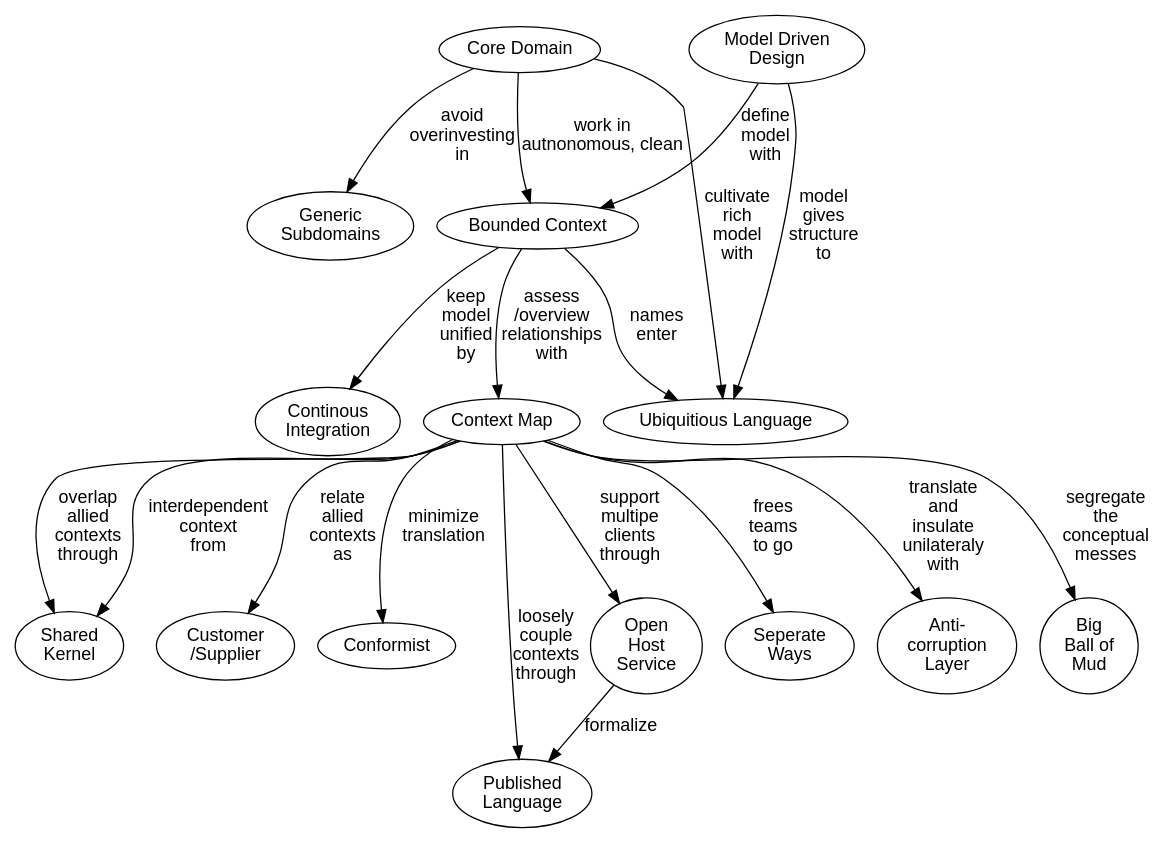
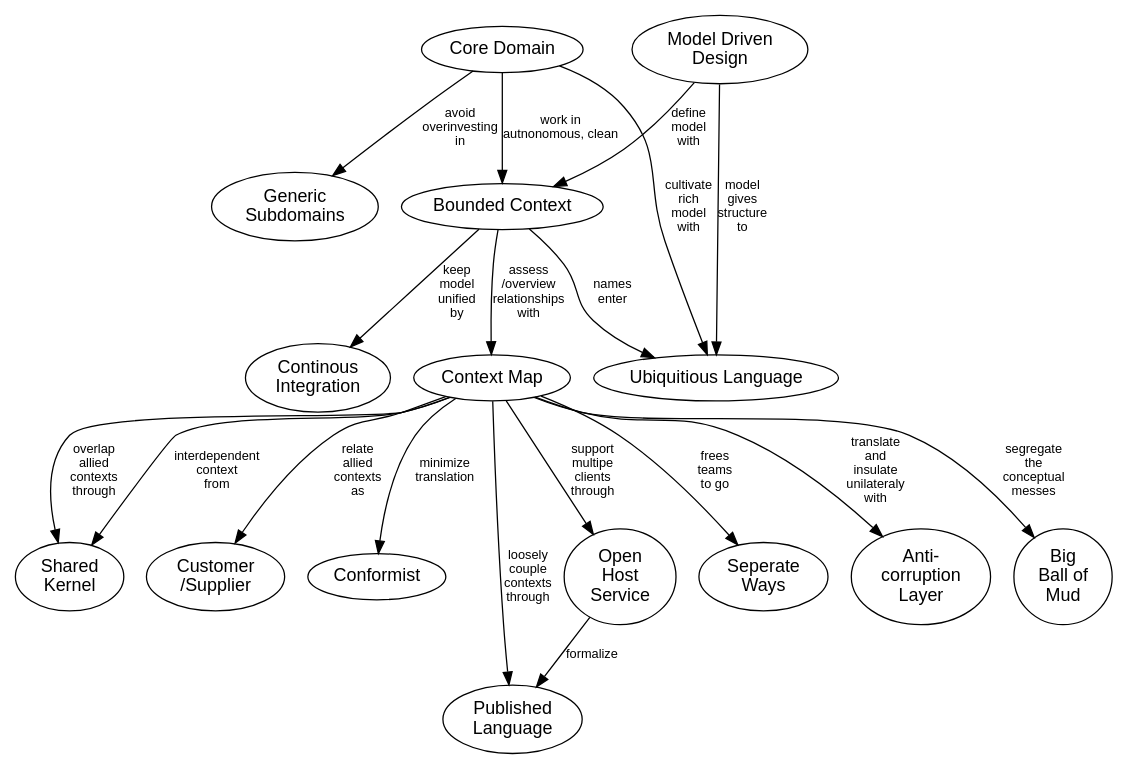
The second of 2 diagrams in mapFromTheBook.adoc (joerg-rade/dddsample-isis), drawn with Graphviz before and after one commit. The commit also changed other lines of this file and 16 other files, not shown here.

Commit message:
more diagrams

```diff
--- a/mapFromTheBook.adoc
+++ b/mapFromTheBook.adoc
@@ -45,55 +47,56 @@
 [graphviz, conceptualLevel, svg]
 ----
 digraph g {
-    layout=dot 
+    overlap=false
+    layout=dot   
     node [fontname=arial] 
-    edge [fontname=arial] 
+    edge [fontname=arial fontsize=10] 
 
     mdd [label="Model Driven\nDesign"]
     ul [label="Ubiquitious Language"]
     mdd -> ul [label="model\ngives\nstructure\nto"]
     
     bc [label="Bounded Context"]
     mdd -> bc [label="define\nmodel\nwith"]
     bc -> ul [label="names\nenter"]
     
     cd [label="Core Domain"]
     cd -> ul [label="cultivate\nrich\nmodel\nwith"]
     cd -> bc [label="work in\nautnonomous, clean "]
     
     gs [label="Generic\nSubdomains"]
     cd -> gs [label="avoid\noverinvesting\nin"]
     
     ci [label="Continous\nIntegration"]
     bc -> ci [label="keep\nmodel\nunified\nby"]
     
     cm [label="Context Map"]
     bc -> cm [label="assess\n/overview\nrelationships\nwith"]
     
     sk [label="Shared\nKernel"]
     cm -> sk [label="interdependent\ncontext\nfrom"]
     cm -> sk [label="overlap\nallied\ncontexts\nthrough"]
     
     cs [label="Customer\n/Supplier"]
     cm -> cs [label="relate\nallied\ncontexts\nas"]
     
     c [label="Conformist"]
     cm -> c [label="minimize\ntranslation"]
     
     ohs [label="Open\nHost\nService"]
     cm -> ohs [label="support\nmultipe\nclients\nthrough"]
     
     pl [label="Published\nLanguage"]
     cm -> pl [label="loosely\ncouple\ncontexts\nthrough"]
     ohs -> pl [label="formalize"]
     
     sw [label="Seperate\nWays"]
     cm -> sw [label="frees\nteams\nto go"]
     
     acl [label="Anti-\ncorruption\nLayer"]
     cm -> acl [label="translate\nand\ninsulate\nunilateraly\nwith"]
     
     bbm [label="Big\nBall of\nMud"]
     cm -> bbm [label="segregate\nthe\nconceptual\nmesses"]
 }
 ----
```
